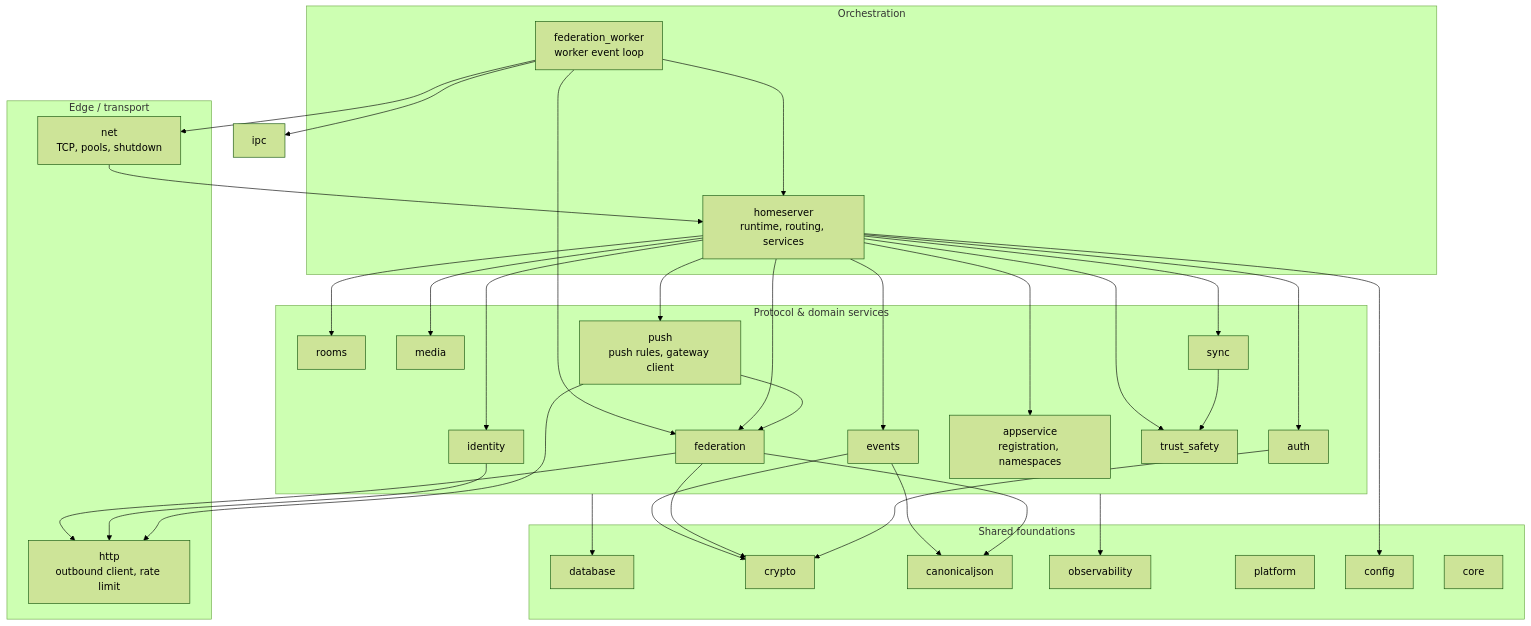
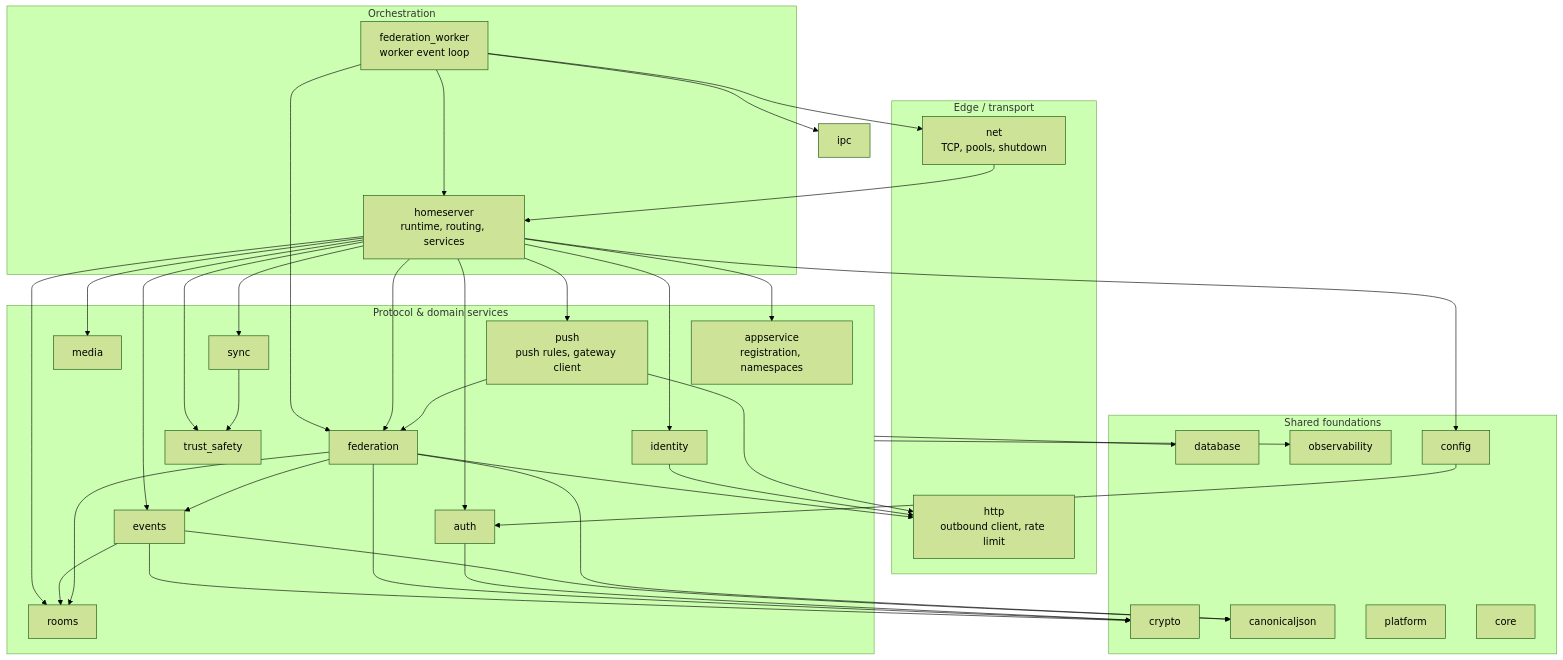
One commit to OMG-Software/Merovingian changed the second of 6 diagrams in docs/architecture.md. Above: the diagram before and after it, drawn with Mermaid (forest theme). The commit also changed other lines of this file and 71 other files, not shown here.

````diff
--- a/docs/architecture.md
+++ b/docs/architecture.md
@@ -91,46 +93,47 @@
 ```mermaid
 flowchart TB
     subgraph edge["Edge / transport"]
         net["net<br/>TCP, pools, shutdown"]
         http["http<br/>outbound client, rate limit"]
     end
     subgraph orchestration["Orchestration"]
         homeserver["homeserver<br/>runtime, routing, services"]
         fedworker_mod["federation_worker<br/>worker event loop"]
     end
     subgraph services["Protocol & domain services"]
         appservice["appservice<br/>registration, namespaces"]
         auth["auth"]
         rooms["rooms"]
         events["events"]
         federation["federation"]
         identity["identity"]
         media["media"]
         push["push<br/>push rules, gateway client"]
         sync["sync"]
         trust_safety["trust_safety"]
     end
     subgraph foundations["Shared foundations"]
         database["database"]
         crypto["crypto"]
         canonicaljson["canonicaljson"]
         observability["observability"]
         platform["platform"]
         config["config"]
         core["core"]
     end
 
     net --> homeserver
     fedworker_mod --> homeserver & federation & ipc & net
     homeserver --> auth & rooms & events & federation & media & push & sync & trust_safety & identity & appservice
     federation --> http
     identity --> http
     push --> http & federation
     sync --> trust_safety
     services --> database
-    events --> crypto & canonicaljson
-    federation --> crypto & canonicaljson
+    events --> crypto & canonicaljson & rooms
+    federation --> crypto & canonicaljson & events & rooms
     auth --> crypto
     services --> observability
     homeserver --> config
+    config --> auth
 ```
````
